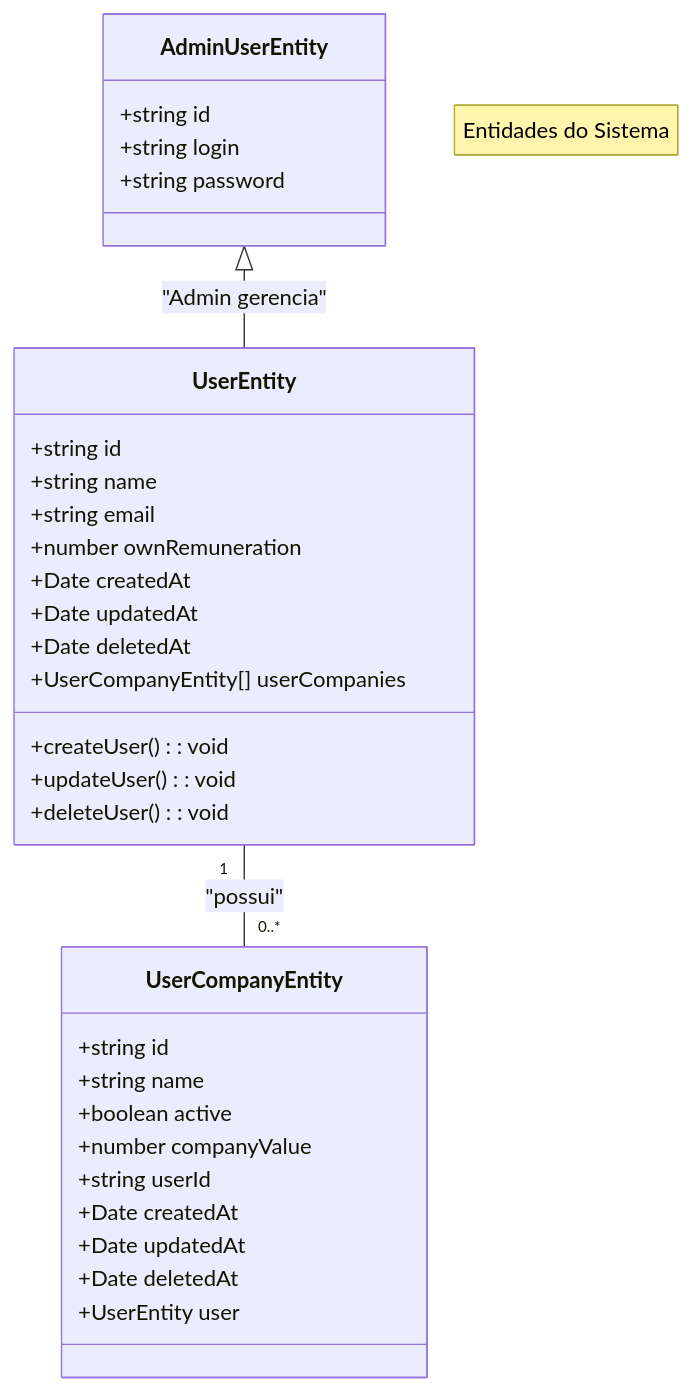
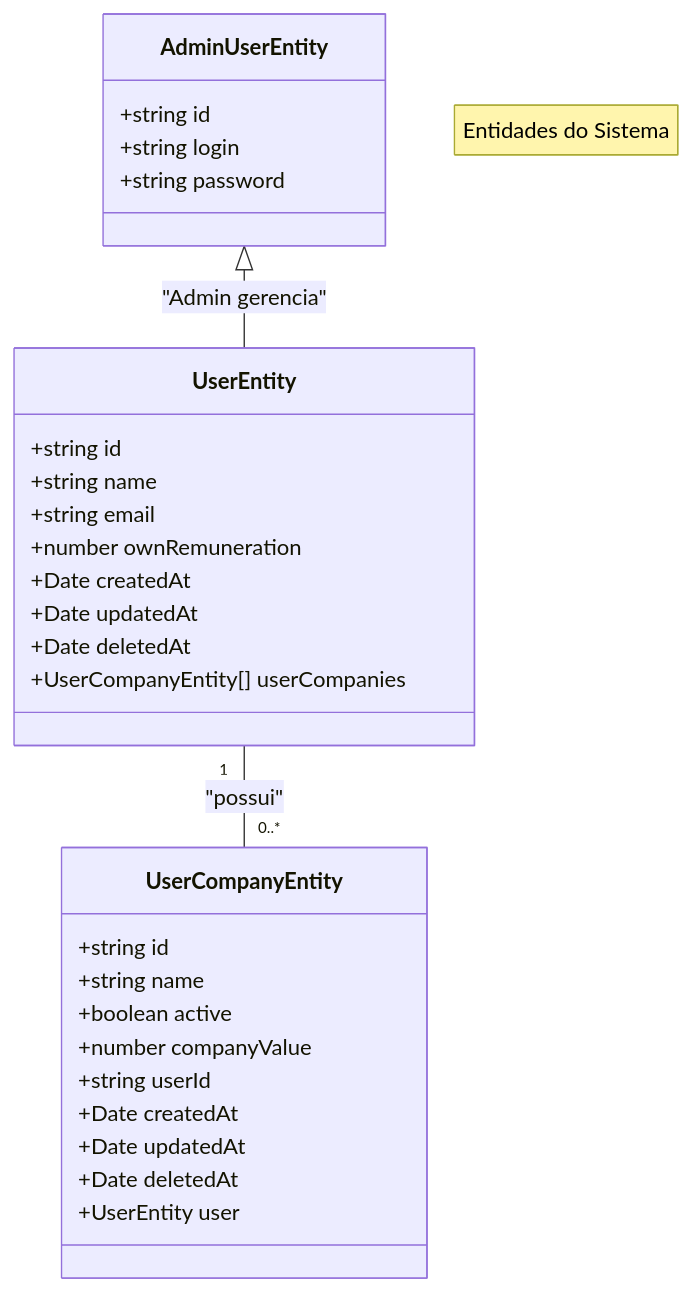
One commit to Thiagosdep/teddy-backoffice-api changed the diagram in README.md. Above: the diagram before and after it, drawn with Mermaid. The commit also changed other lines of this file and 21 other files, not shown here.

````diff
--- a/README.md
+++ b/README.md
@@ -18,39 +23,36 @@
 ```mermaid
 classDiagram
     note "Entidades do Sistema"
 
     AdminUserEntity <|-- UserEntity : "Admin gerencia"
     UserEntity "1" -- "0..*" UserCompanyEntity : "possui"
 
     class AdminUserEntity {
         +string id
         +string login
         +string password
     }
 
     class UserEntity {
         +string id
         +string name
         +string email
         +number ownRemuneration
         +Date createdAt
         +Date updatedAt
         +Date deletedAt
         +UserCompanyEntity[] userCompanies
-        +createUser() : void
-        +updateUser() : void
-        +deleteUser() : void
     }
 
     class UserCompanyEntity {
         +string id
         +string name
         +boolean active
         +number companyValue
         +string userId
         +Date createdAt
         +Date updatedAt
         +Date deletedAt
         +UserEntity user
     }
 ```
````
